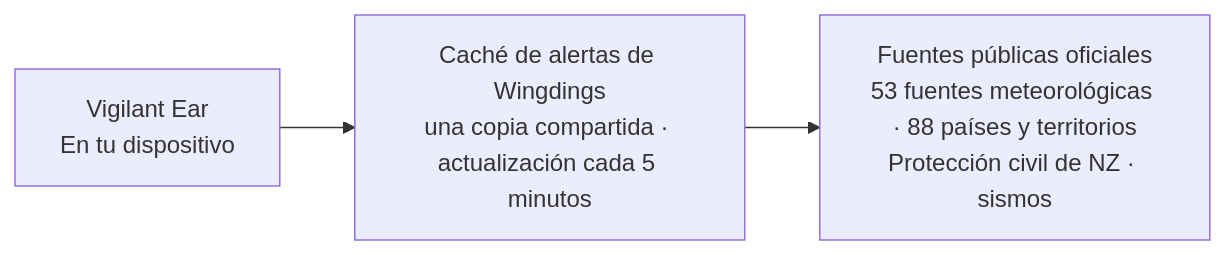
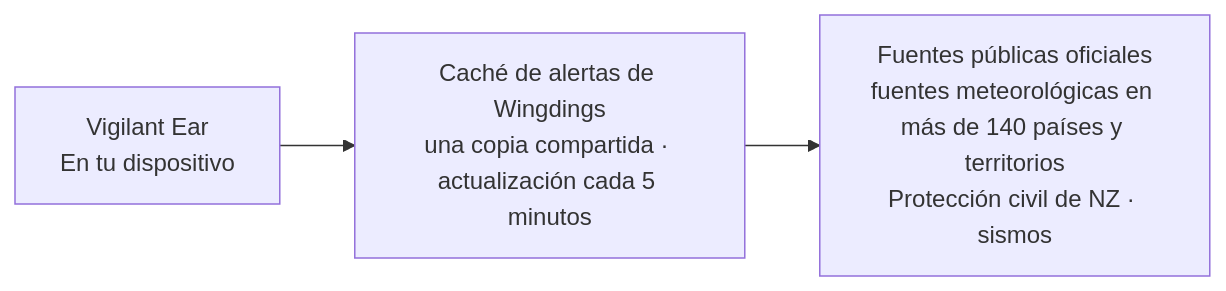
One commit to rpalm01-star/VigilantEarLegal changed the fourth of 4 diagrams in README_es.md. Above: the diagram before and after it, drawn with Mermaid. The commit also changed other lines of this file and 59 other files, not shown here.

````diff
--- a/README_es.md
+++ b/README_es.md
@@ -182,5 +182,5 @@
 ```mermaid
 graph LR
     P1["Vigilant Ear<br/>En tu dispositivo"] --> W["Caché de alertas de Wingdings<br/>una copia compartida · actualización cada 5 minutos"]
-    W --> N["Fuentes públicas oficiales<br/>53 fuentes meteorológicas · 88 países y territorios<br/>Protección civil de NZ · sismos"]
+    W --> N["Fuentes públicas oficiales<br/>fuentes meteorológicas en más de 140 países y territorios<br/>Protección civil de NZ · sismos"]
 ```
````
